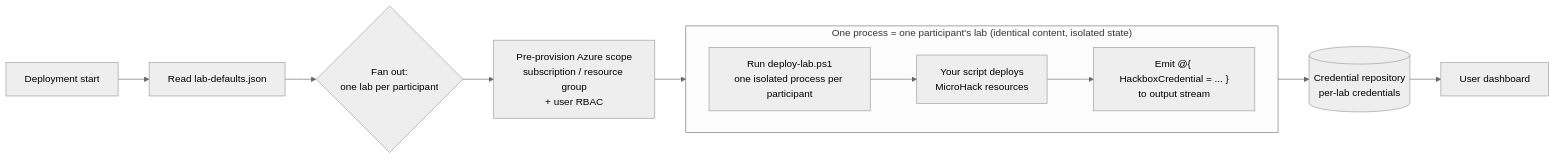
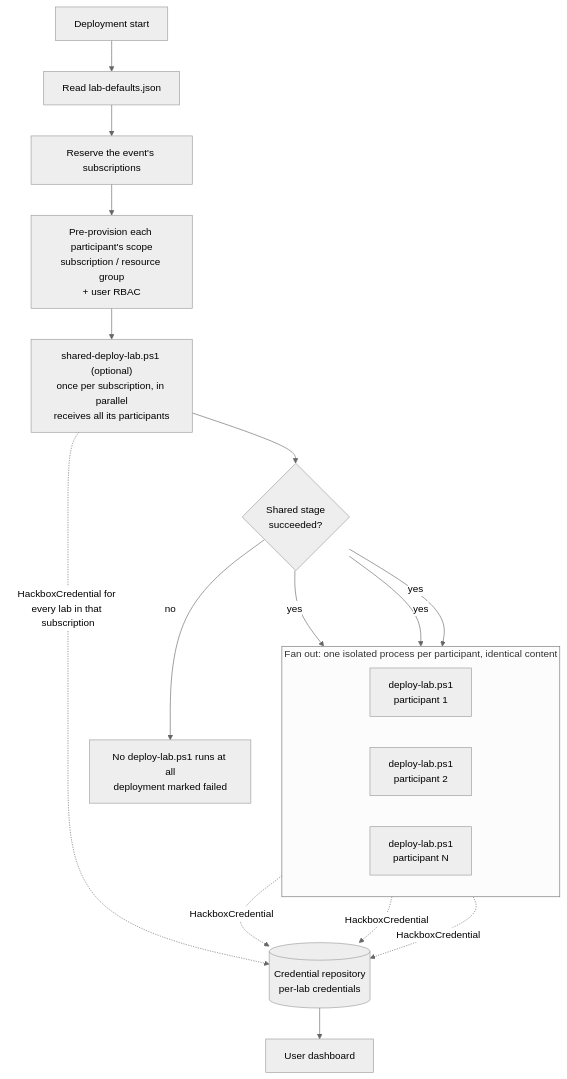
Before and after one commit to microsoft/MicroHack: the diagram in 99-MicroHack-Template/labautomation/README.md, drawn with Mermaid (neutral theme). The commit also changed other lines of this file and 2 other files, not shown here.

First line of the commit message:
Document optional shared-deploy-lab.ps1 hook in lab automation guide

````diff
--- a/99-MicroHack-Template/labautomation/README.md
+++ b/99-MicroHack-Template/labautomation/README.md
@@ -21,16 +25,27 @@
 ```mermaid
-flowchart LR
+flowchart TD
     A[Deployment start] --> B[Read lab-defaults.json]
-    B --> C{"Fan out:<br/>one lab per participant"}
-    C --> D[Pre-provision Azure scope<br/>subscription / resource group<br/>+ user RBAC]
-    D --> E[Run deploy-lab.ps1<br/>one isolated process per participant]
+    B --> C["Reserve the event's subscriptions"]
+    C --> D["Pre-provision each participant's scope<br/>subscription / resource group<br/>+ user RBAC"]
+    D --> SH["shared-deploy-lab.ps1 (optional)<br/>once per subscription, in parallel<br/>receives all its participants"]
+    SH --> G{"Shared stage<br/>succeeded?"}
+    G -- no --> X["No deploy-lab.ps1 runs at all<br/>deployment marked failed"]
 
-    subgraph job["One process = one participant's lab (identical content, isolated state)"]
+    subgraph fan["Fan out: one isolated process per participant, identical content"]
         direction LR
-        E --> F[Your script deploys<br/>MicroHack resources]
-        F --> G["Emit @{ HackboxCredential = ... }<br/>to output stream"]
+        L1["deploy-lab.ps1<br/>participant 1"]
+        L2["deploy-lab.ps1<br/>participant 2"]
+        LN["deploy-lab.ps1<br/>participant N"]
     end
 
-    G --> H[(Credential repository<br/>per-lab credentials)]
-    H --> I[User dashboard]
+    G -- yes --> L1
+    G -- yes --> L2
+    G -- yes --> LN
+
+    SH -. HackboxCredential for every lab in that subscription .-> CR
+    L1 -. HackboxCredential .-> CR
+    L2 -. HackboxCredential .-> CR
+    LN -. HackboxCredential .-> CR
+
+    CR[(Credential repository<br/>per-lab credentials)] --> DASH[User dashboard]
 ```
````
